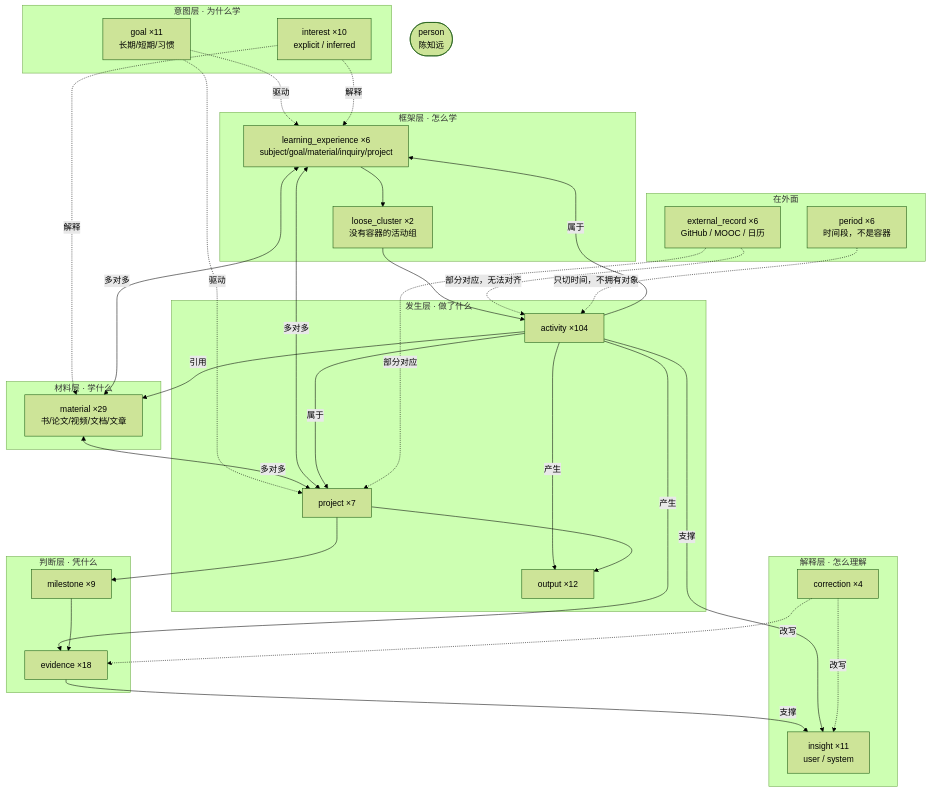
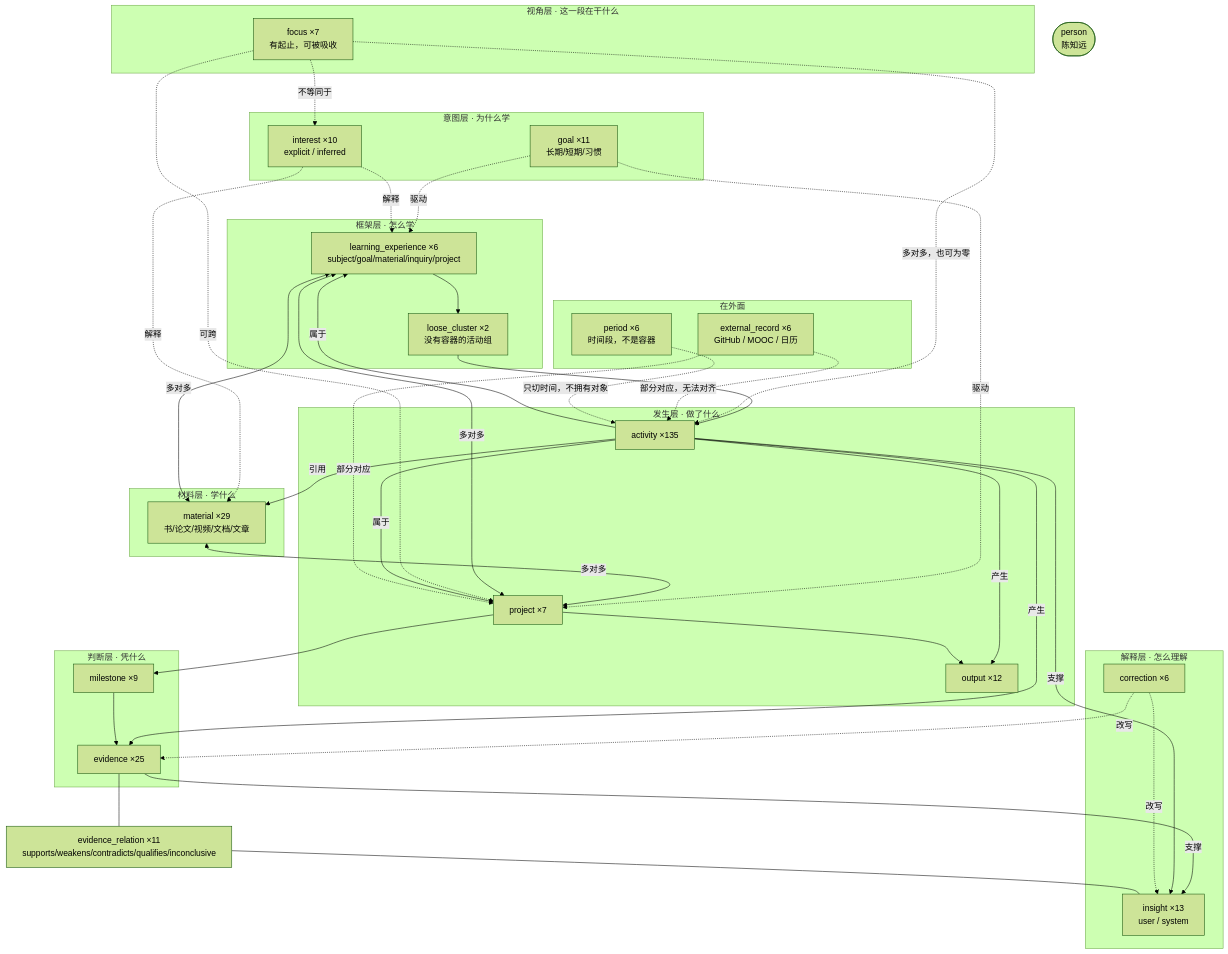
Before and after one commit to Lemma-AI-Projects/lemma-ai: the diagram in docs/research/user-trajectory-lab/data-relationship-map.md, drawn with Mermaid (forest theme). The commit also changed other lines of this file and 34 other files, not shown here.

````diff
--- a/docs/research/user-trajectory-lab/data-relationship-map.md
+++ b/docs/research/user-trajectory-lab/data-relationship-map.md
@@ -17,69 +17,81 @@
 ```mermaid
 flowchart TB
     P(["person<br/>陈知远"])
 
     subgraph intent["意图层 · 为什么学"]
         G["goal ×11<br/>长期/短期/习惯"]
         I["interest ×10<br/>explicit / inferred"]
+    end
+
+    subgraph axis["视角层 · 这一段在干什么"]
+        FOC["focus ×7<br/>有起止，可被吸收"]
     end
 
     subgraph frame["框架层 · 怎么学"]
         LX["learning_experience ×6<br/>subject/goal/material/inquiry/project"]
         LC["loose_cluster ×2<br/>没有容器的活动组"]
     end
 
     subgraph matter["材料层 · 学什么"]
         M["material ×29<br/>书/论文/视频/文档/文章"]
     end
 
     subgraph doing["发生层 · 做了什么"]
-        A["activity ×104"]
+        A["activity ×135"]
         PR["project ×7"]
         O["output ×12"]
     end
 
     subgraph judge["判断层 · 凭什么"]
-        E["evidence ×18"]
+        E["evidence ×25"]
         MS["milestone ×9"]
     end
 
     subgraph say["解释层 · 怎么理解"]
-        IN["insight ×11<br/>user / system"]
-        C["correction ×4"]
+        IN["insight ×13<br/>user / system"]
+        C["correction ×6"]
     end
 
     subgraph outside["在外面"]
         X["external_record ×6<br/>GitHub / MOOC / 日历"]
         PE["period ×6<br/>时间段，不是容器"]
     end
 
     G -.->|"驱动"| LX
     G -.->|"驱动"| PR
     I -.->|"解释"| LX
     I -.->|"解释"| M
 
     M <-->|"多对多"| LX
     M <-->|"多对多"| PR
     LX <-->|"多对多"| PR
     LX --> LC
     LC --> A
 
+    FOC -.->|"多对多，也可为零"| A
+    FOC -.->|"不等同于"| I
+    FOC -.->|"可跨"| PR
+
     A -->|"属于"| LX
     A -->|"属于"| PR
     A -->|"引用"| M
     A -->|"产生"| E
     A -->|"产生"| O
 
     PR --> O
     PR --> MS
     MS --> E
 
     E -->|"支撑"| IN
     A -->|"支撑"| IN
     C -.->|"改写"| E
     C -.->|"改写"| IN
 
+    EVR["evidence_relation ×11<br/>supports/weakens/contradicts/qualifies/inconclusive"]
+    E --- EVR
+    EVR --- IN
+
     X -.->|"部分对应，无法对齐"| A
     X -.->|"部分对应"| PR
     PE -.->|"只切时间，不拥有对象"| A
 ```
````
